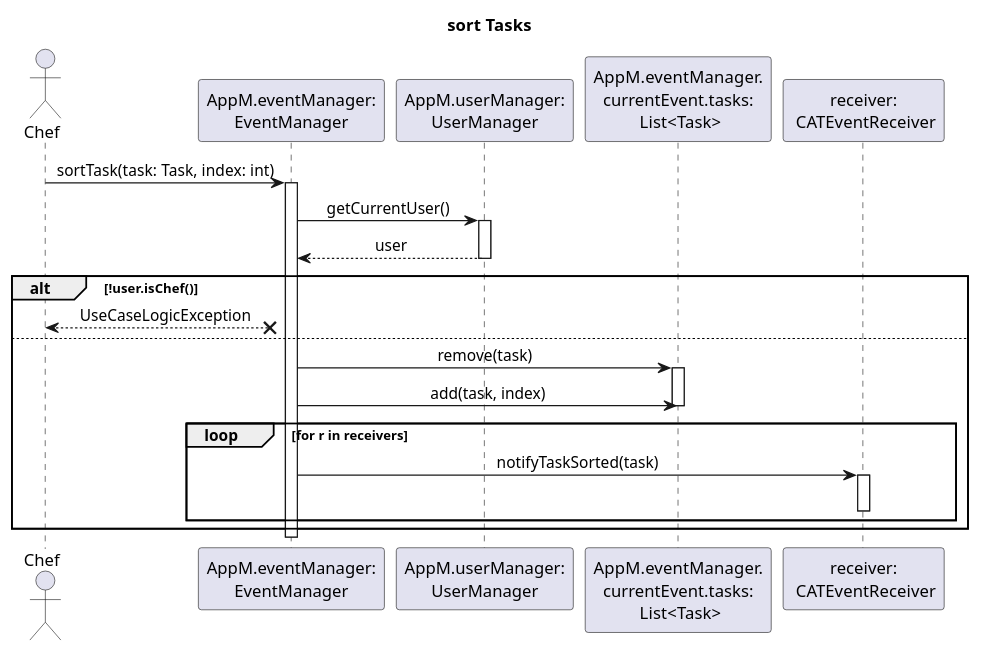
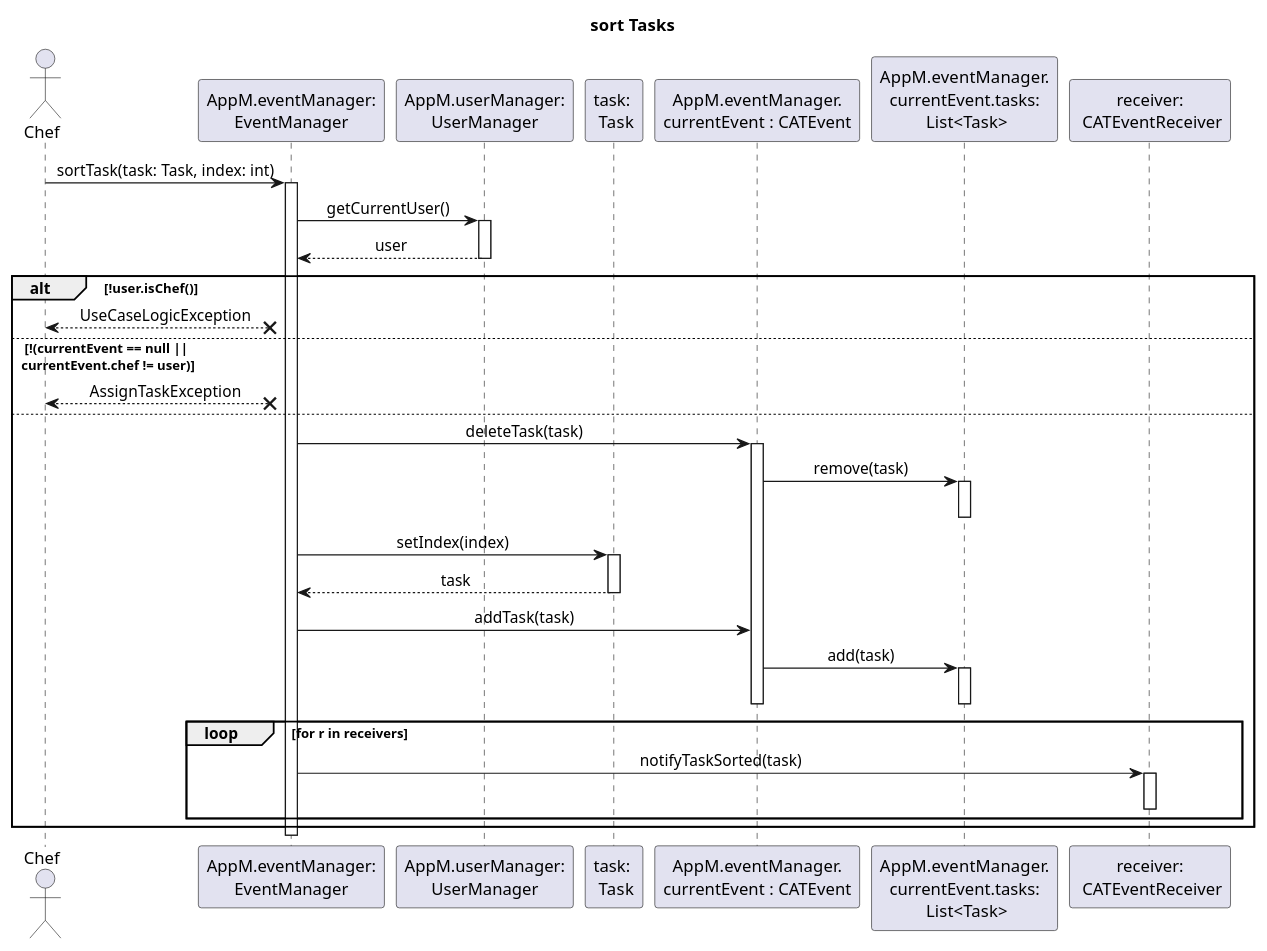
One commit to elm-suf/FXcatering changed the diagram in docs/DSD/3-SortTasks.puml. Above: the diagram before and after it, drawn with PlantUML. The commit also changed other lines of this file and 7 other files, not shown here.

```diff
--- a/docs/DSD/3-SortTasks.puml
+++ b/docs/DSD/3-SortTasks.puml
@@ -1,36 +1,55 @@
 @startuml
 skinparam defaultTextAlignment center
 skinparam SequenceMessageAlign center
 
 title sort Tasks
 Actor Chef as ch
 participant "AppM.eventManager:\nEventManager" as EventManager
 participant "AppM.userManager:\nUserManager" as UserManager
 
 
 ch ->  EventManager: sortTask(task: Task, index: int)
 activate EventManager
-  EventManager -> UserManager: getCurrentUser()
-  activate UserManager
-      UserManager --> EventManager: user
-  deactivate UserManager
+ EventManager -> UserManager: getCurrentUser()
+ activate UserManager
+ 	UserManager --> EventManager: user
+ deactivate UserManager
 
-   alt !user.isChef()
-          ch <--x EventManager: UseCaseLogicException
-       else
-           participant "AppM.eventManager.\ncurrentEvent.tasks:\n List<Task>" as task
-           EventManager -> task: remove(task)
-           activate task
-           EventManager -> task: add(task, index)
-           deactivate task
+    alt !user.isChef()
+    	ch <--x EventManager: UseCaseLogicException
+	else !(currentEvent == null ||\n currentEvent.chef != user)
+  		 ch <--x EventManager: AssignTaskException
+  	 else
 
-       loop for r in receivers
-           participant "receiver:\n CATEventReceiver" as r
-          EventManager -> r : notifyTaskSorted(task)
-          activate r
-          deactivate r
-       end
-   end
+
+    	participant "task: \n Task" as tmp
+  		 participant "AppM.eventManager.\ncurrentEvent : CATEvent" as event
+    	EventManager -> event : deleteTask(task)
+            	activate event
+
+            	participant "AppM.eventManager.\ncurrentEvent.tasks:\n List<Task>" as task
+            	event -> task: remove(task)
+            	activate task
+            	deactivate task
+
+
+        tmp <- EventManager : setIndex(index)
+        activate tmp
+        tmp --> EventManager : task
+        deactivate tmp
+        EventManager -> event : addTask(task)
+    	event -> task: add(task)
+    	activate task
+    	deactivate task
+   	 deactivate event
+
+  	loop for r in receivers
+     	participant "receiver:\n CATEventReceiver" as r
+     	EventManager -> r : notifyTaskSorted(task)
+     	activate r
+     	deactivate r
+  	end
+  end
 deactivate EventManager
 
 @enduml
```
